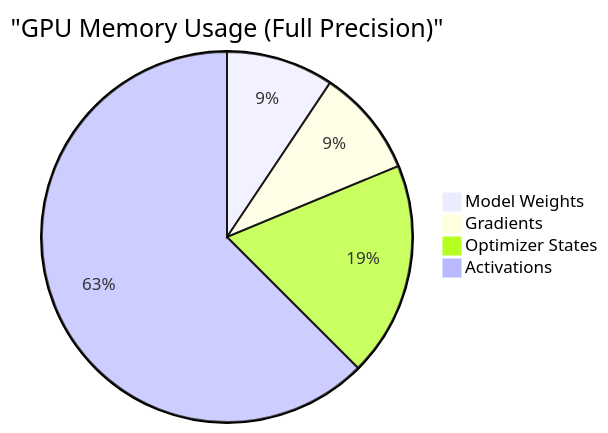
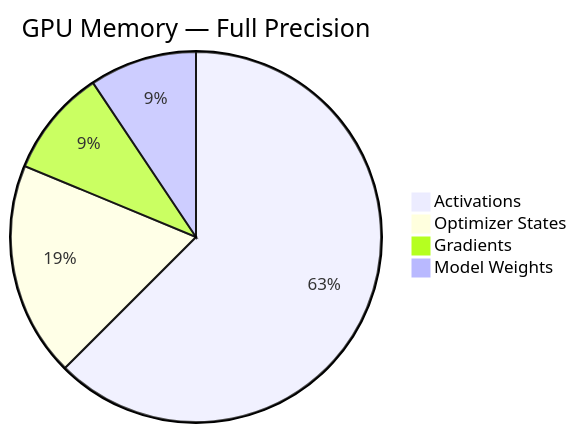
Before and after one commit to tripplen23/finetuning-sessions: the sixth of 7 diagrams in week1/CONTEXT.md, drawn with Mermaid. The commit also changed other lines of this file and 1 other file, not shown here.

Commit message:
update mermaid

````diff
--- a/week1/CONTEXT.md
+++ b/week1/CONTEXT.md
@@ -312,7 +309,7 @@
 ```mermaid
-pie title "GPU Memory Usage (Full Precision)"
+pie title GPU Memory — Full Precision
+    "Activations" : 8.0
+    "Optimizer States" : 2.4
+    "Gradients" : 1.2
     "Model Weights" : 1.2
-    "Gradients" : 1.2
-    "Optimizer States" : 2.4
-    "Activations" : 8.0
 ```
````
